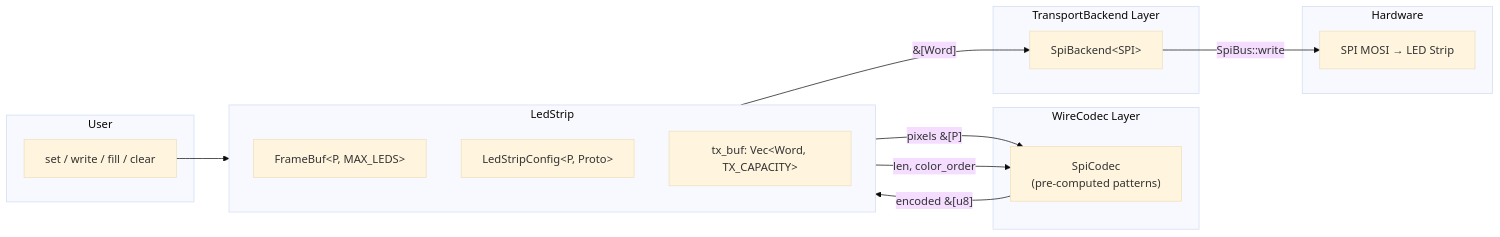
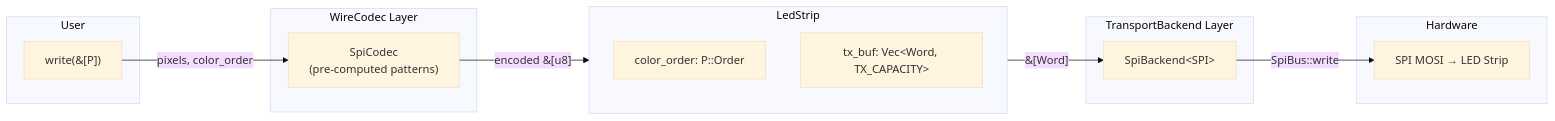
One commit to vhexl/led-strip changed the first of 3 diagrams in docs/ARCHITECTURE.md. Above: the diagram before and after it, drawn with Mermaid (base theme). The commit also changed other lines of this file and 8 other files, not shown here.

Commit message:
refactor!: simplify LedStrip API, remove LedStripConfig and FrameBuf

````diff
--- a/docs/ARCHITECTURE.md
+++ b/docs/ARCHITECTURE.md
@@ -24,32 +24,29 @@
 ```mermaid
 flowchart LR
     subgraph User
-        A["set / write / fill / clear"]
+        A["write(&[P])"]
     end
 
     subgraph LedStrip
         direction TB
-        B["FrameBuf&lt;P, MAX_LEDS&gt;"]
-        C["LedStripConfig&lt;P, Proto&gt;"]
-        D["tx_buf: Vec&lt;Word, TX_CAPACITY&gt;"]
+        B["color_order: P::Order"]
+        C["tx_buf: Vec&lt;Word, TX_CAPACITY&gt;"]
     end
 
     subgraph Codec["WireCodec Layer"]
-        E["SpiCodec<br/>(pre-computed patterns)"]
+        D["SpiCodec<br/>(pre-computed patterns)"]
     end
 
     subgraph Backend["TransportBackend Layer"]
-        F["SpiBackend&lt;SPI&gt;"]
+        E["SpiBackend&lt;SPI&gt;"]
     end
 
     subgraph Hardware
-        G["SPI MOSI → LED Strip"]
+        F["SPI MOSI → LED Strip"]
     end
 
-    A --> B
-    B -->|"pixels &[P]"| E
-    C -->|"len, color_order"| E
-    E -->|"encoded &[u8]"| D
-    D -->|"&[Word]"| F
-    F -->|"SpiBus::write"| G
+    A -->|"pixels, color_order"| D
+    D -->|"encoded &[u8]"| C
+    C -->|"&[Word]"| E
+    E -->|"SpiBus::write"| F
 ```
````
